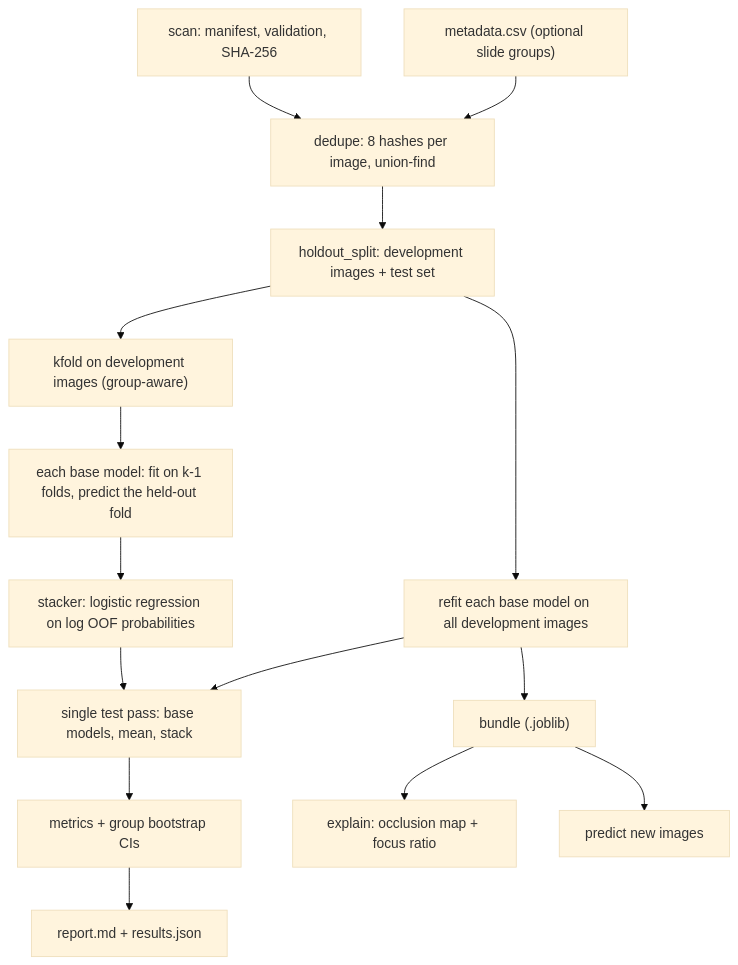
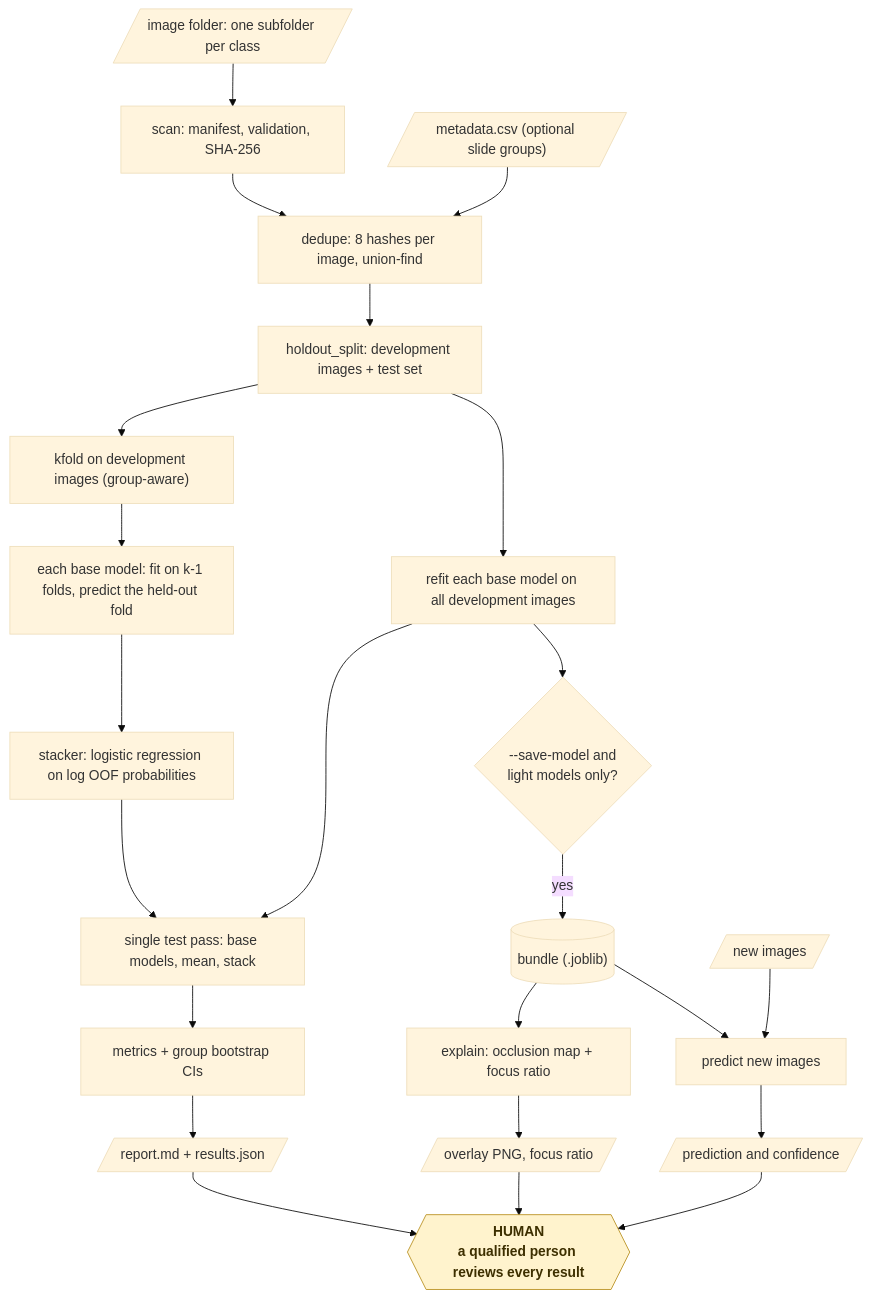
Before and after one commit to KrishnaAnnavaram/cellsight: the fifth of 17 diagrams in README.md, drawn with Mermaid (base theme). The commit also changed other lines of this file, not shown here.

Commit message:
Add the workflow diagrams to the README

````diff
--- a/README.md
+++ b/README.md
@@ -197,17 +258,28 @@
 ```mermaid
-flowchart TB
+flowchart TD
+    IMGS[/"image folder: one subfolder per class"/] --> SCAN
     SCAN["scan: manifest, validation, SHA-256"] --> DD["dedupe: 8 hashes per image, union-find"]
-    META["metadata.csv (optional slide groups)"] --> DD
+    META[/"metadata.csv (optional slide groups)"/] --> DD
     DD --> HS["holdout_split: development images + test set"]
     HS --> KF["kfold on development images (group-aware)"]
     KF --> OOF["each base model: fit on k-1 folds, predict the held-out fold"]
     OOF --> ST["stacker: logistic regression on log OOF probabilities"]
     HS --> RF["refit each base model on all development images"]
     RF --> TP["single test pass: base models, mean, stack"]
     ST --> TP
     TP --> MET["metrics + group bootstrap CIs"]
-    MET --> REP["report.md + results.json"]
-    RF --> BUN["bundle (.joblib)"]
+    MET --> REP[/"report.md + results.json"/]
+    RF --> SAVE{"--save-model and<br/>light models only?"}
+    SAVE -- "yes" --> BUN[("bundle (.joblib)")]
     BUN --> EXP["explain: occlusion map + focus ratio"]
     BUN --> PRED["predict new images"]
+    NEW[/"new images"/] --> PRED
+    PRED --> OUTP[/"prediction and confidence"/]
+    EXP --> OUTE[/"overlay PNG, focus ratio"/]
+    REP --> HUMAN{{"HUMAN<br/>a qualified person reviews every result"}}
+    OUTP --> HUMAN
+    OUTE --> HUMAN
+
+    classDef human fill:#fff3cd,stroke:#b8901f,color:#3d2f00,font-weight:bold
+    class HUMAN human
 ```
````
